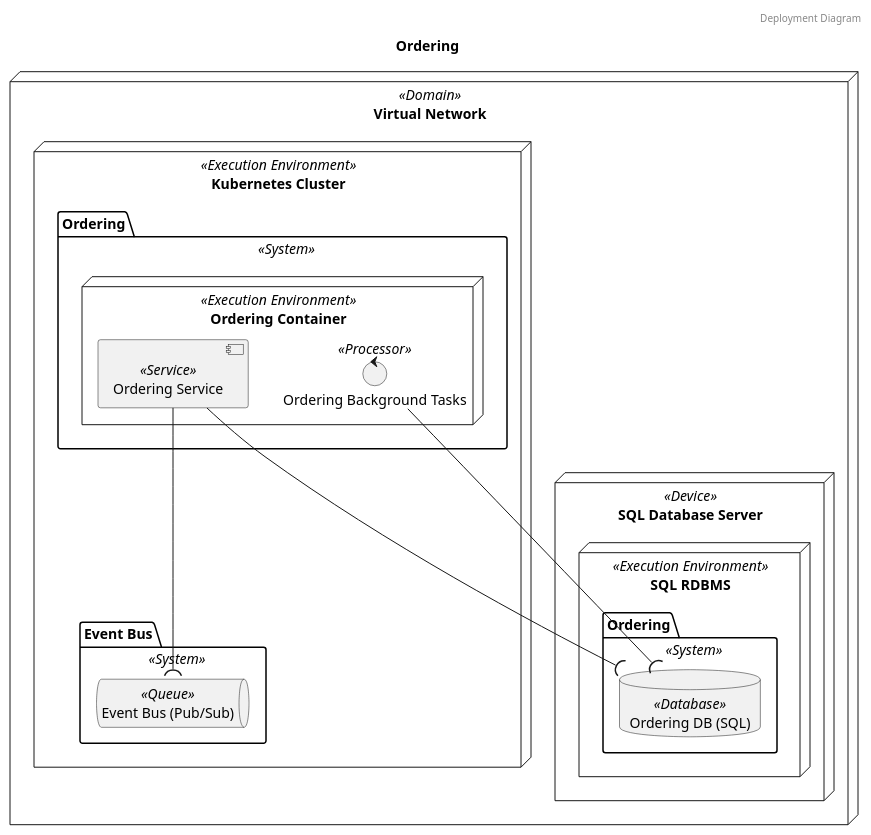
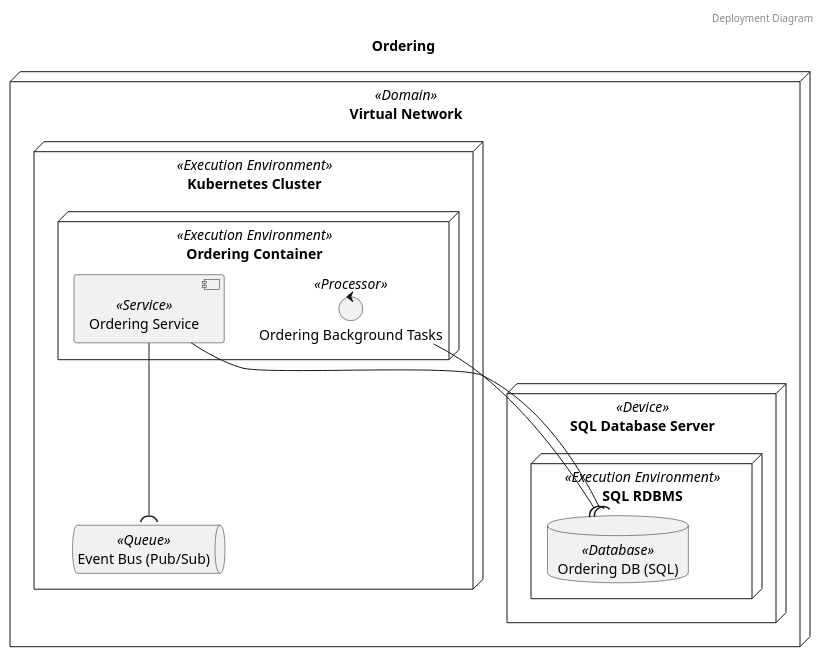
One commit to garrettsutula/example-trellis-project changed the second of 3 diagrams in diagrams/systems/Ordering.puml. Above: the diagram before and after it, drawn with PlantUML. The commit also changed other lines of this file and 23 other files, not shown here.

Commit message:
Update deps, add examples of new diagrams, update for breaking interface changes

```diff
--- a/diagrams/systems/Ordering.puml
+++ b/diagrams/systems/Ordering.puml
@@ -17,29 +17,21 @@
 @startuml Deployment Diagram Ordering
 header Deployment Diagram
 title Ordering
-	node "Virtual Network" as Virtual_Network <<Domain>> {
-		node "Kubernetes Cluster" as Kubernetes_Cluster <<Execution Environment>> {
-			package "Event Bus" as Event_Bus_Kubernetes_Cluster_package <<System>>{
-				queue "Event Bus (Pub/Sub)" as Event_Bus_Pub_Sub <<Queue>>
-			}
-			package "Ordering" as Ordering_Kubernetes_Cluster_package <<System>>{
-				node "Ordering Container" as Ordering_Container <<Execution Environment>> {
-					component "Ordering Service" as Ordering_Service <<Service>>
-					control "Ordering Background Tasks" as Ordering_Background_Tasks <<Processor>>
-				}
-
-			}
-		}
-		node "SQL Database Server" as SQL_Database_Server <<Device>> {
-			node "SQL RDBMS" as SQL_RDBMS <<Execution Environment>> {
-				package "Ordering" as Ordering_SQL_RDBMS_package <<System>>{
-					database "Ordering DB (SQL)" as Ordering_DB_SQL <<Database>>
-				}
-			}
+node "Virtual Network" as Virtual_Network <<Domain>> {
+	node "Kubernetes Cluster" as Kubernetes_Cluster <<Execution Environment>> {
+		queue "Event Bus (Pub/Sub)" as Event_Bus_Pub_Sub <<Queue>>
+		node "Ordering Container" as Ordering_Container <<Execution Environment>> {
+			component "Ordering Service" as Ordering_Service <<Service>>
+			control "Ordering Background Tasks" as Ordering_Background_Tasks <<Processor>>
 		}
 	}
-
+	node "SQL Database Server" as SQL_Database_Server <<Device>> {
+		node "SQL RDBMS" as SQL_RDBMS <<Execution Environment>> {
+			database "Ordering DB (SQL)" as Ordering_DB_SQL <<Database>>
+		}
+	}
+}
 	Ordering_Service -down-( Ordering_DB_SQL
 	Ordering_Background_Tasks -down-( Ordering_DB_SQL
 	Ordering_Service -down-( Event_Bus_Pub_Sub
 @enduml
```
